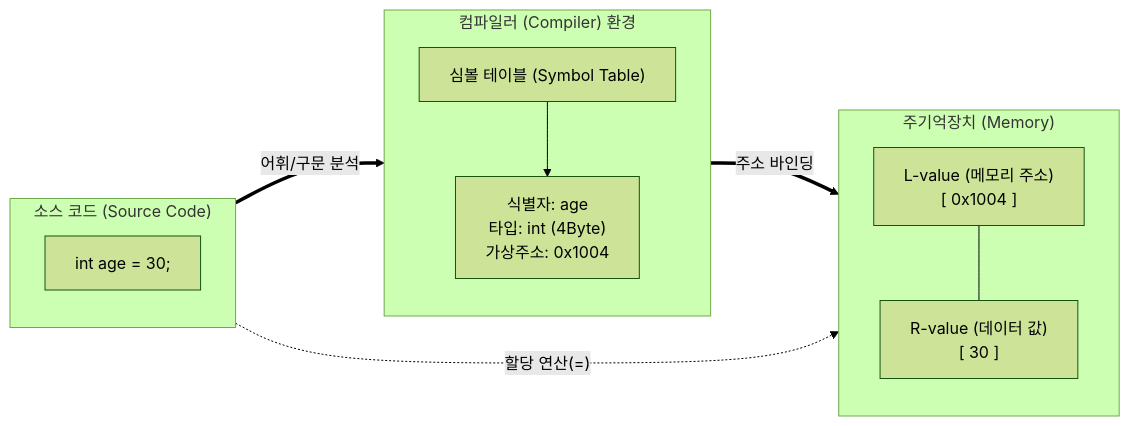
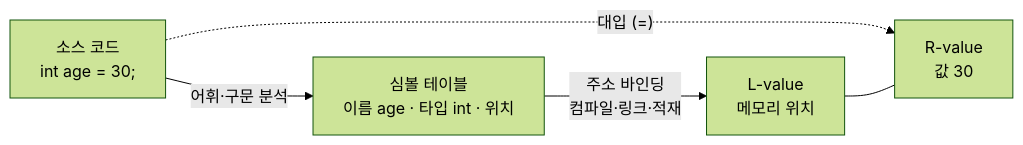
One commit to supremethumb/supremethumb.github.io changed the diagram in content/01_IT Tech/변수.md. Above: the diagram before and after it, drawn with Mermaid (forest theme). The commit also changed other lines of this file and 1087 other files, not shown here.

````diff
--- a/content/01_IT Tech/변수.md
+++ b/content/01_IT Tech/변수.md
@@ -23,26 +34,7 @@
 ```mermaid
 flowchart LR
-    subgraph Source["소스 코드 (Source Code)"]
-        direction TB
-        Code["int age = 30;"]
-    end
-
-    subgraph Compile_Env["컴파일러 (Compiler) 환경"]
-        direction TB
-        ST["심볼 테이블 (Symbol Table)"]
-        ST_Row["식별자: age<br/>타입: int (4Byte)<br/>가상주소: 0x1004"]
-        ST --> ST_Row
-    end
-
-    subgraph Memory["주기억장치 (Memory)"]
-        direction TB
-        L_Val["L-value (메모리 주소)<br/>[ 0x1004 ]"]
-        R_Val["R-value (데이터 값)<br/>[ 30 ]"]
-        L_Val --- R_Val
-    end
-
-    Code == "어휘/구문 분석" ==> ST
-    ST_Row == "주소 바인딩" ==> L_Val
-    Code -. "할당 연산(=)" .-> R_Val
-
+    SRC["소스 코드<br/>int age = 30;"] -- "어휘·구문 분석" --> ST["심볼 테이블<br/>이름 age · 타입 int · 위치"]
+    ST -- "주소 바인딩<br/>컴파일·링크·적재" --> L["L-value<br/>메모리 위치"]
+    SRC -. "대입 (=)" .-> R["R-value<br/>값 30"]
+    L --- R
 ```
````
